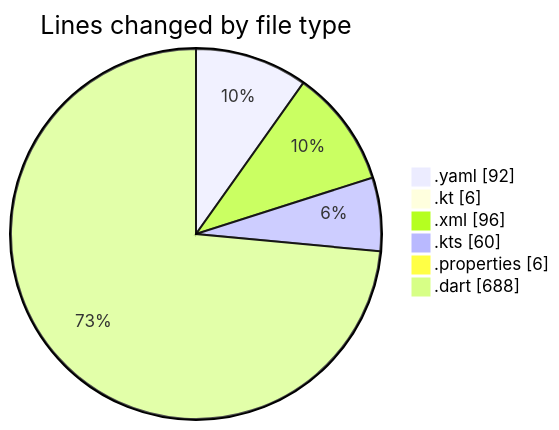
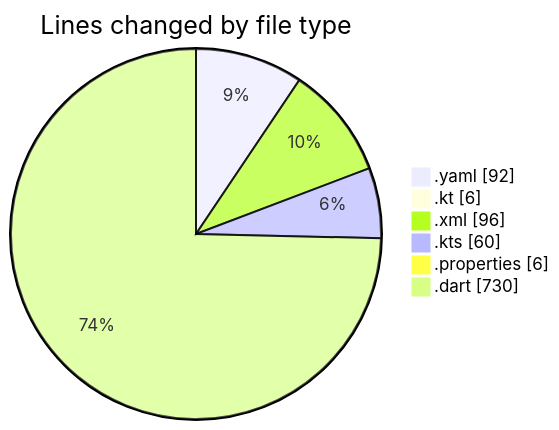
Before and after one commit to donsfak/code-tracking: the first of 2 diagrams in 2025-02-19/uber_clone/README.md, drawn with Mermaid. The commit also changed other lines of this file and 1 other file, not shown here.

````diff
--- a/2025-02-19/uber_clone/README.md
+++ b/2025-02-19/uber_clone/README.md
@@ -28,10 +29,10 @@
 ```mermaid
 pie showData
 title Lines changed by file type
 ".yaml" : 92
 ".kt" : 6
 ".xml" : 96
 ".kts" : 60
 ".properties" : 6
-".dart" : 688
+".dart" : 730
 ```
````
